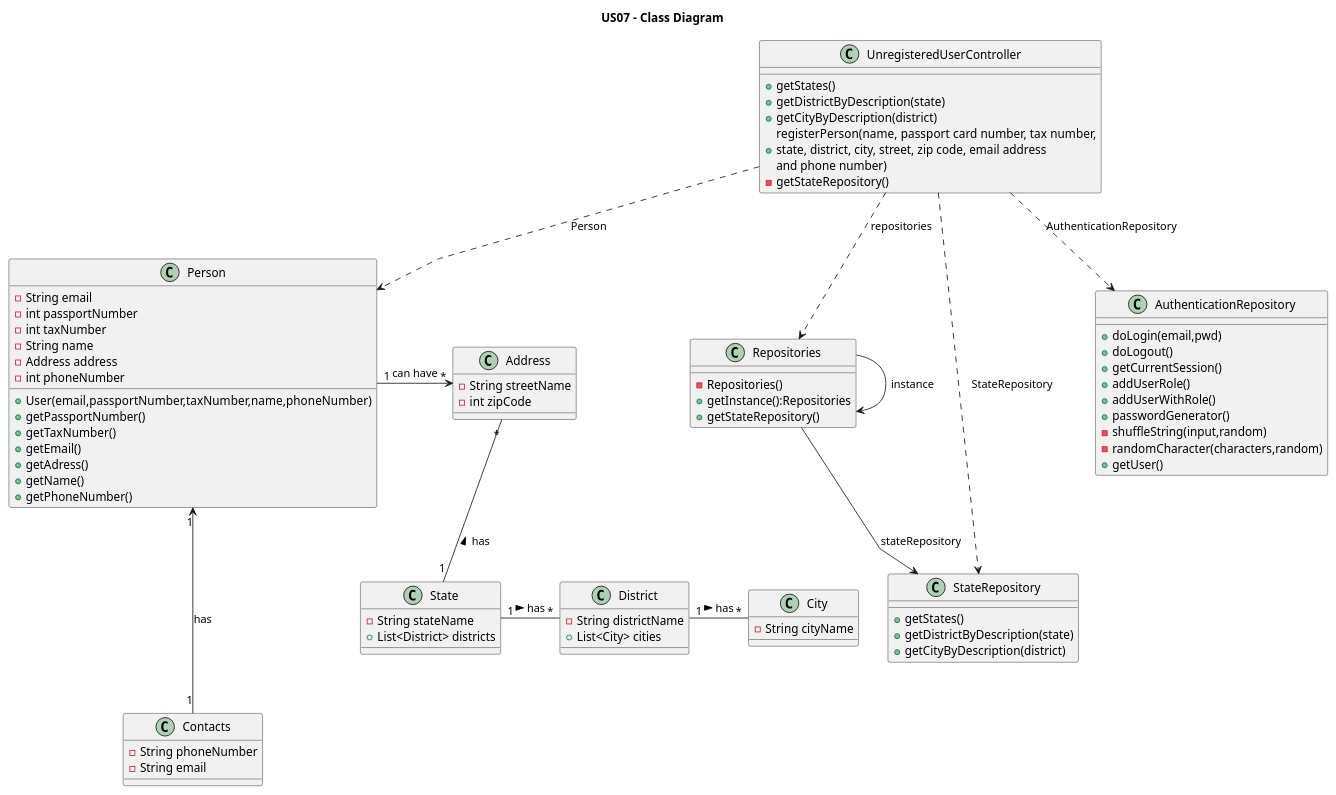
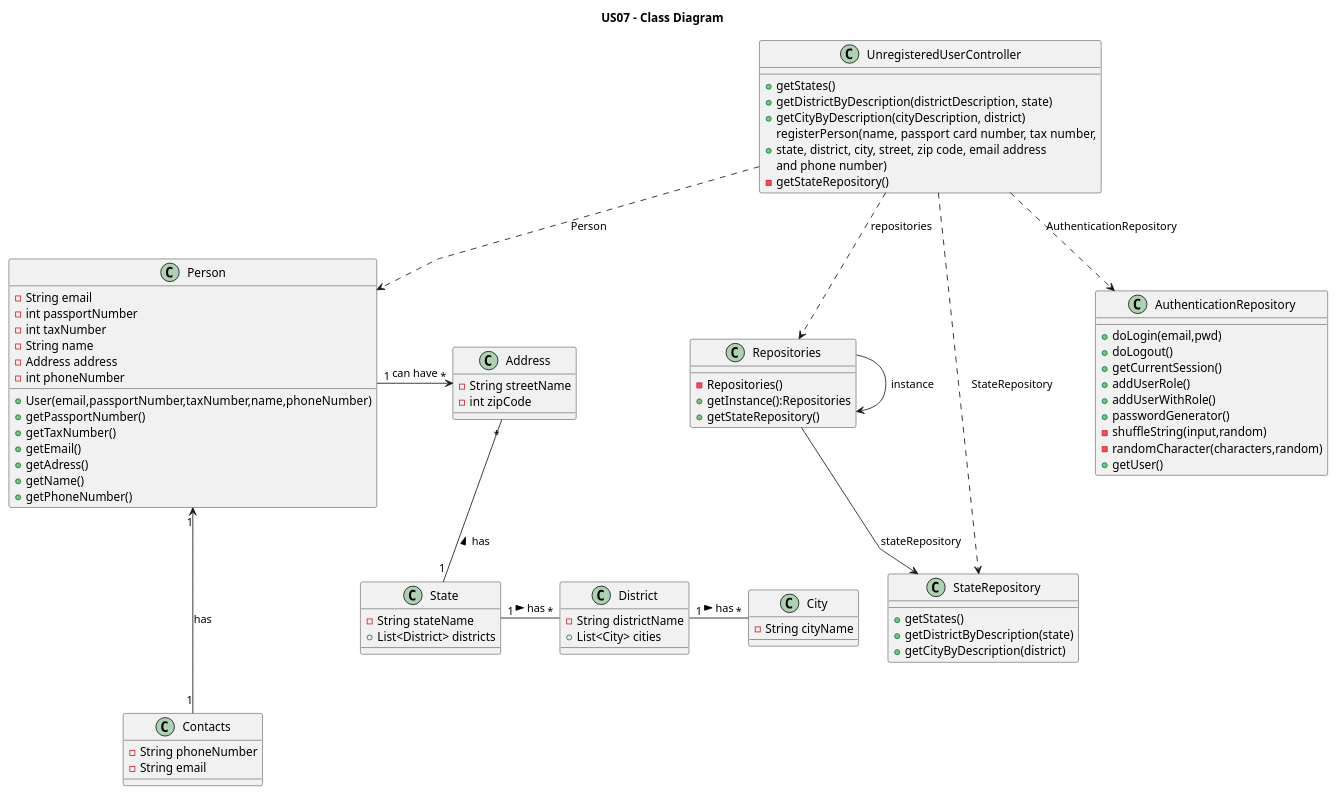
The diagram in docs/sprintB/US07/03.design/puml/us07-class-diagram.puml (PureNimble/ISEP-LAPR2), drawn with PlantUML before and after one commit. The commit also changed 6 other files, not shown here.

Commit message:
Added DisplayPropertiesController & UnregisterUserController. Updated US01 03.design Readme.md adn Class Diagram. Added SVG Preview of US01 Class Diagram.

```diff
--- a/docs/sprintB/US07/03.design/puml/us07-class-diagram.puml
+++ b/docs/sprintB/US07/03.design/puml/us07-class-diagram.puml
@@ -1,99 +1,99 @@
 @startuml
 
 'skinparam monochrome true
 skinparam packageStyle rectangle
 skinparam shadowing false
 skinparam linetype polyline
 'skinparam linetype orto
 'skinparam classAttributeIconSize 0
 'left to right direction
 
 title US07 - Class Diagram
 
 class State {
     - String stateName
     + List<District> districts
 }
 
 class District {
     - String districtName
     + List<City> cities
 }
 
 class City {
     - String cityName
 
 }
 
 class Contacts {
     -String phoneNumber
     -String email
 }
 
 class Address {
     - String streetName
     - int zipCode
 }
 
 class Repositories {
     -Repositories()
     +getInstance():Repositories
     +getStateRepository()
 }
 
 class StateRepository {
     +getStates()
     +getDistrictByDescription(state)
     +getCityByDescription(district)
 }
 
 class AuthenticationRepository{
     +doLogin(email,pwd)
     +doLogout()
     +getCurrentSession()
     +addUserRole()
     +addUserWithRole()
     +passwordGenerator()
     -shuffleString(input,random)
     -randomCharacter(characters,random)
 +getUser()
 }
 
 class UnregisteredUserController {
     + getStates()
-    + getDistrictByDescription(state)
-    + getCityByDescription(district)
+    + getDistrictByDescription(districtDescription, state)
+    + getCityByDescription(cityDescription, district)
     + registerPerson(name, passport card number, tax number,\nstate, district, city, street, zip code, email address\nand phone number)
     - getStateRepository()
 }
 
 class Person {
     - String email
     - int passportNumber
     - int taxNumber
     - String name
     - Address address
     - int phoneNumber
 
     +User(email,passportNumber,taxNumber,name,phoneNumber)
     +getPassportNumber()
     +getTaxNumber()
     +getEmail()
     +getAdress()
     +getName()
     +getPhoneNumber()
 }
 
 Repositories -> Repositories:instance
 Repositories --> StateRepository: stateRepository
 UnregisteredUserController ..> Repositories : repositories
 UnregisteredUserController ..> StateRepository : StateRepository
 UnregisteredUserController ..> AuthenticationRepository : AuthenticationRepository
 UnregisteredUserController ..> Person : Person
 Person "1" -right-> "*"  Address : can have
 State "1" -up- "*" Address: has >
 District "1" -right- "*" City : has >
 State "1" -right- "*" District : has >
 Contacts "1" -up--> "1" Person: has
 
 @enduml
```
